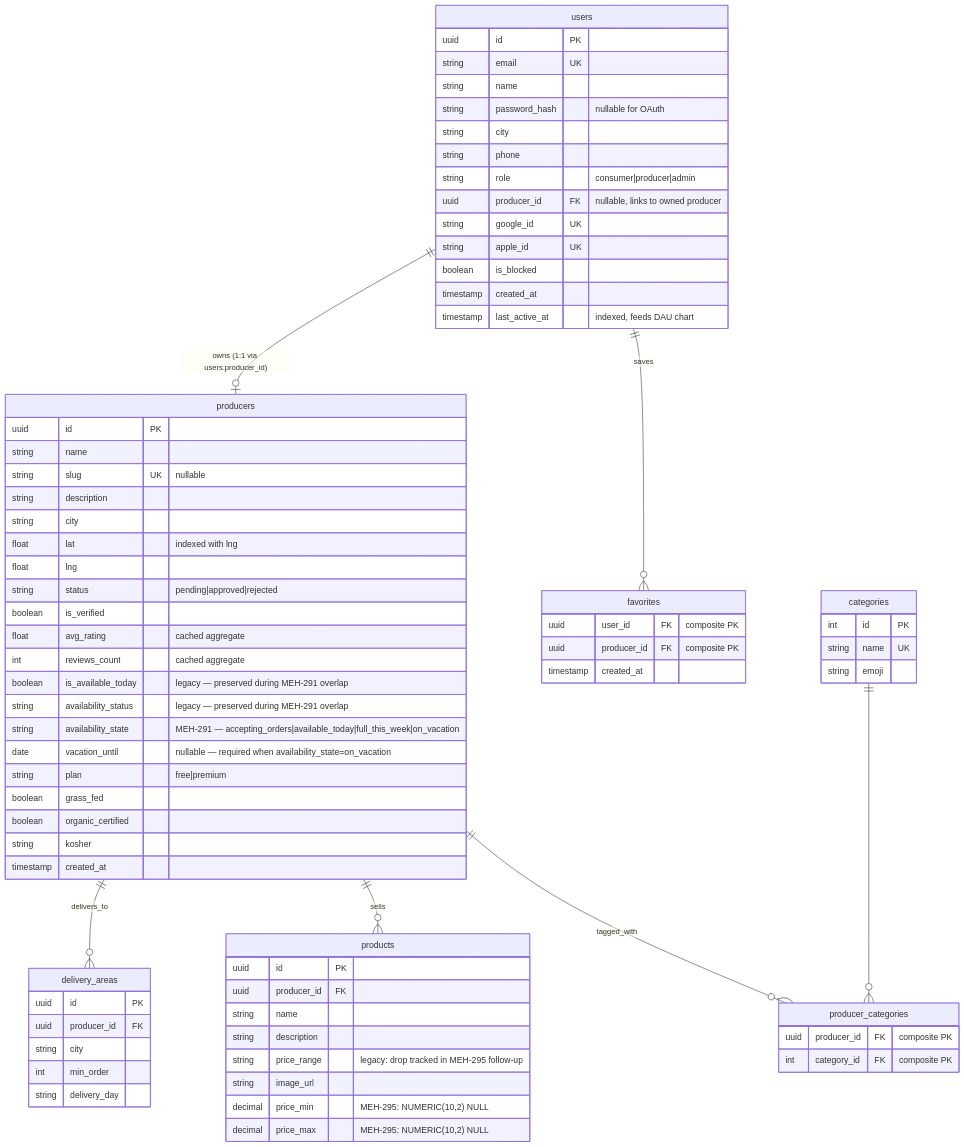
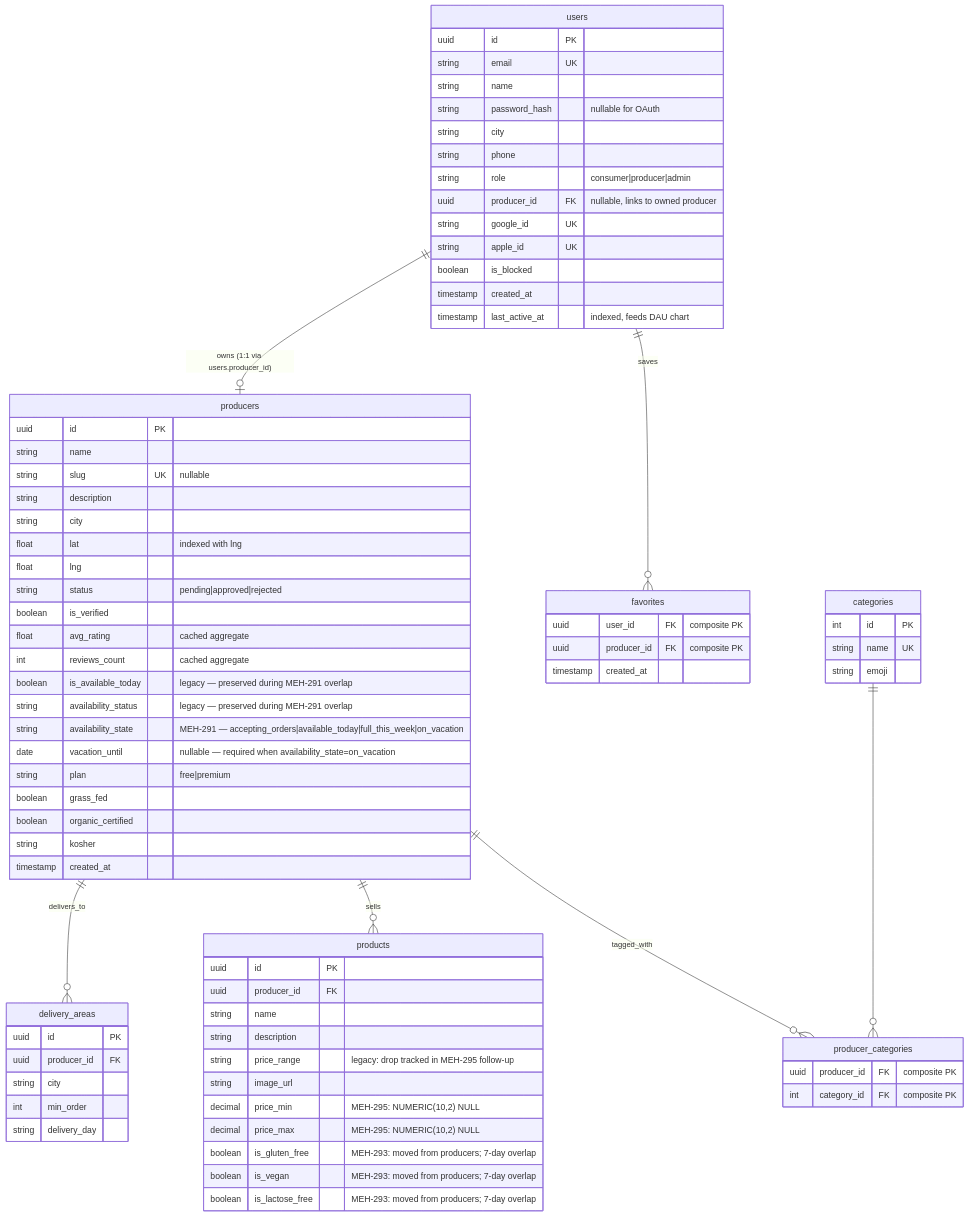
One commit to levismadar80-ship-it/FoodMamkor changed the first of 4 diagrams in .ai/diagrams/db-schema.md. Above: the diagram before and after it, drawn with Mermaid. The commit also changed 10 other files, not shown here.

```diff
--- a/.ai/diagrams/db-schema.md
+++ b/.ai/diagrams/db-schema.md
@@ -75,6 +75,9 @@
         string image_url
         decimal price_min "MEH-295: NUMERIC(10,2) NULL"
         decimal price_max "MEH-295: NUMERIC(10,2) NULL"
+        boolean is_gluten_free "MEH-293: moved from producers; 7-day overlap"
+        boolean is_vegan "MEH-293: moved from producers; 7-day overlap"
+        boolean is_lactose_free "MEH-293: moved from producers; 7-day overlap"
     }
 
     delivery_areas {
```
